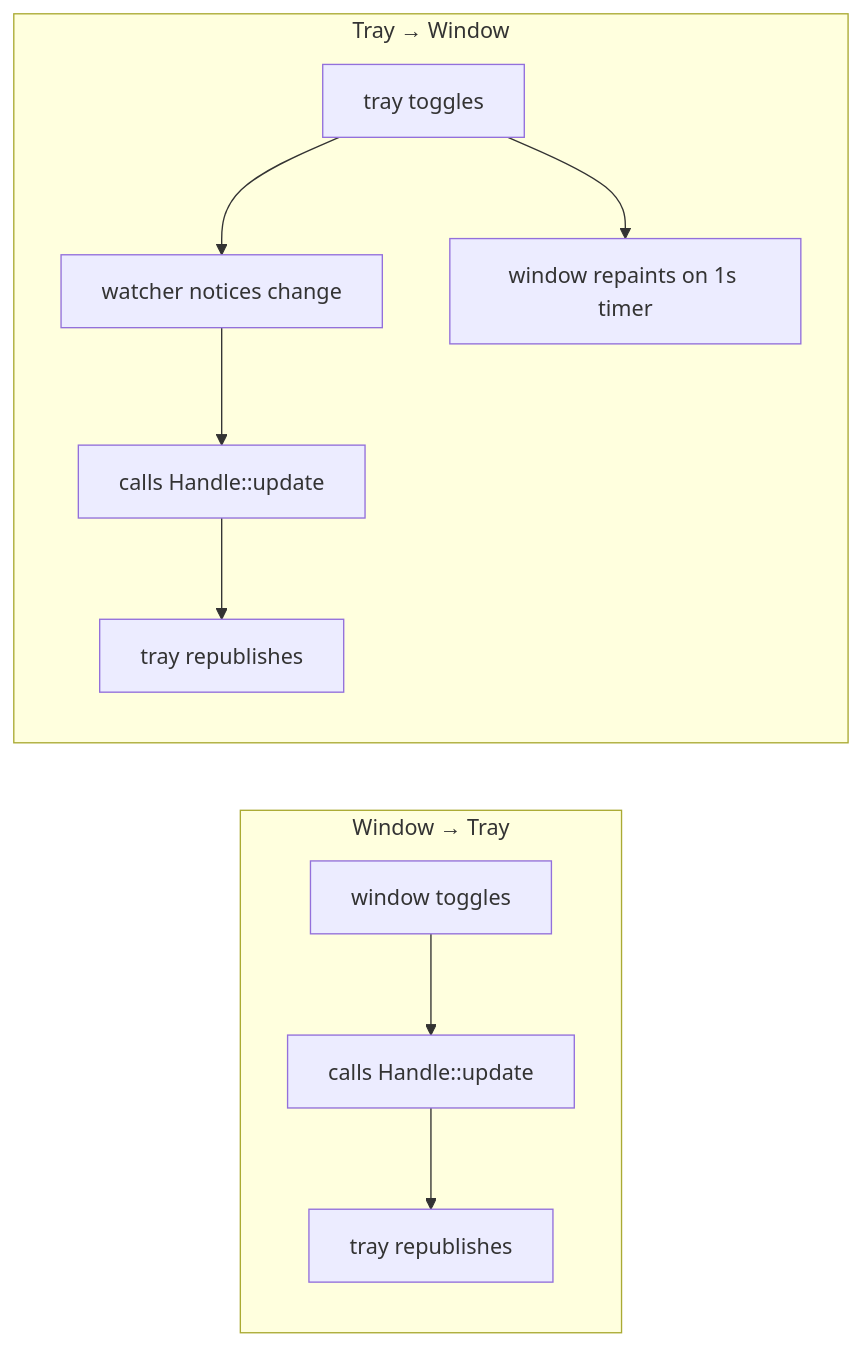
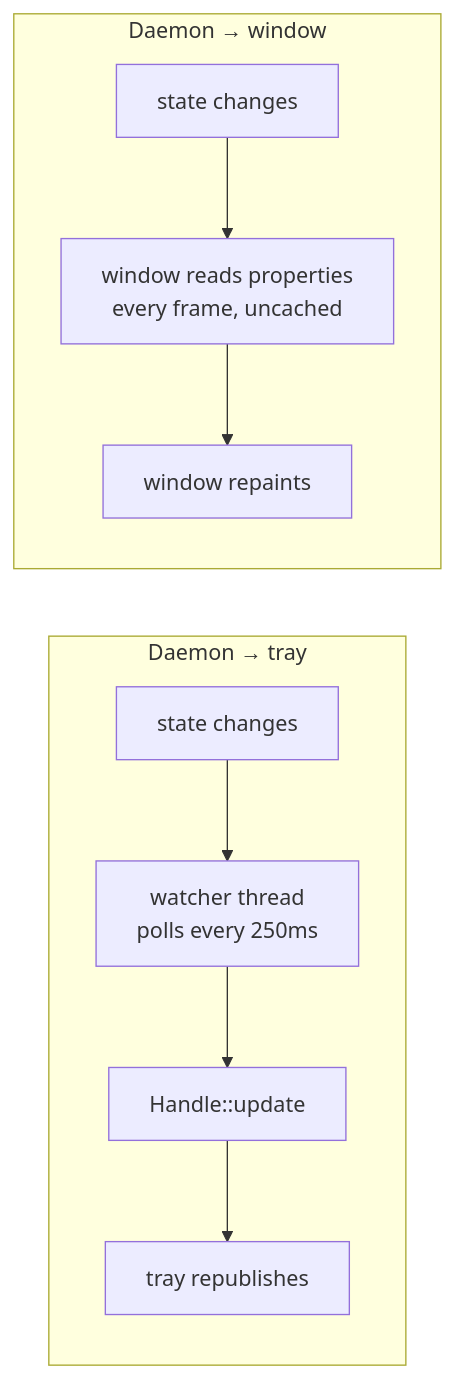
The third of 3 diagrams in .plans/Designs/SleepBlock/README.md (danweinerdev/sleep-blocker), drawn with Mermaid before and after one commit. The commit also changed other lines of this file and 3 other files, not shown here.

````diff
--- a/.plans/Designs/SleepBlock/README.md
+++ b/.plans/Designs/SleepBlock/README.md
@@ -116,10 +133,9 @@
 ```mermaid
 flowchart LR
-    subgraph fromwin["Window → Tray"]
-        W[window toggles] --> WU["calls Handle::update"] --> WP[tray republishes]
+    subgraph d["Daemon → tray"]
+        DS[state changes] --> DW["watcher thread<br/>polls every 250ms"] --> DU["Handle::update"] --> DP[tray republishes]
     end
-    subgraph fromtray["Tray → Window"]
-        T[tray toggles] --> TW[watcher notices change] --> TU["calls Handle::update"] --> TP[tray republishes]
-        T --> TR[window repaints on 1s timer]
+    subgraph g["Daemon → window"]
+        GS[state changes] --> GW["window reads properties<br/>every frame, uncached"] --> GR[window repaints]
     end
 ```
````
